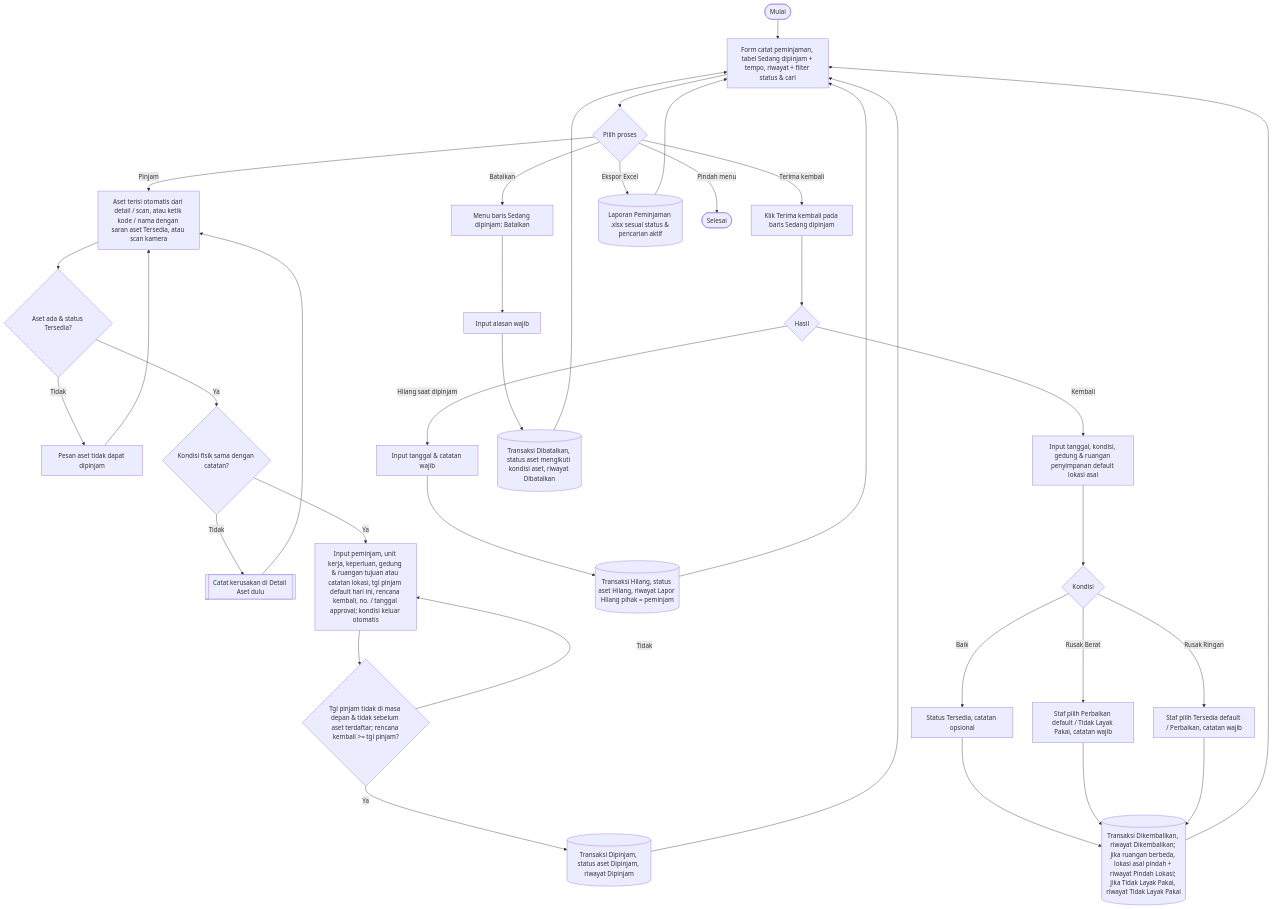
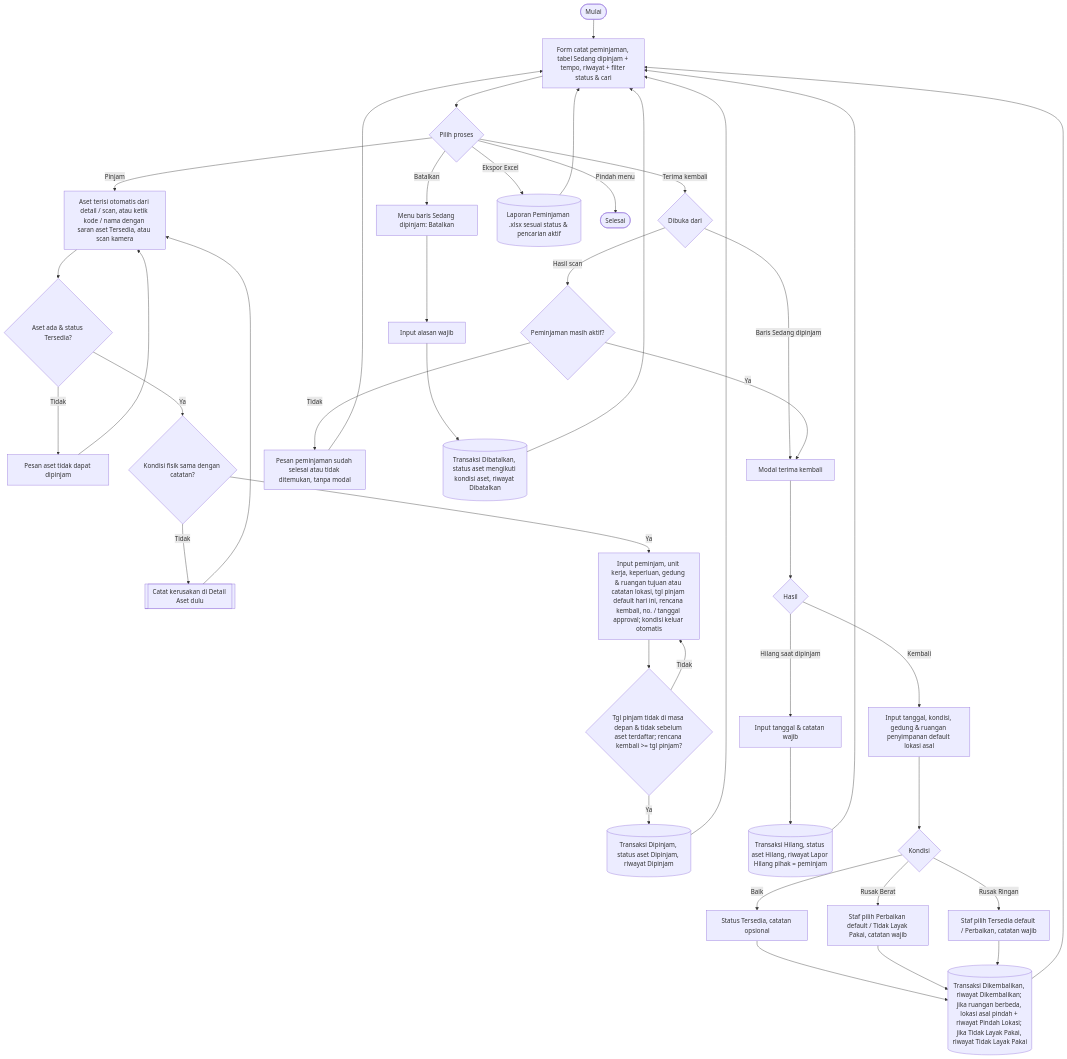
The fifth of 9 diagrams in docs/flowchart.md (mrizqihidayat/system-tracking-asset), drawn with Mermaid before and after one commit. The commit also changed other lines of this file and 13 other files, not shown here.

First line of the commit message:
T26n: alur scan Pinjam & Terima kembali, laporan audit keamanan, daftar endpoint

````diff
--- a/docs/flowchart.md
+++ b/docs/flowchart.md
@@ -181,30 +183,34 @@
 ```mermaid
 flowchart TD
     A([Mulai]) --> B[Form catat peminjaman, tabel Sedang dipinjam + tempo, riwayat + filter status & cari]
     B --> C{Pilih proses}
 
     C -- Pinjam --> P1[Aset terisi otomatis dari detail / scan, atau ketik kode / nama dengan saran aset Tersedia, atau scan kamera]
     P1 --> P2{Aset ada & status Tersedia?}
     P2 -- Tidak --> P3[Pesan aset tidak dapat dipinjam] --> P1
     P2 -- Ya --> P3a{Kondisi fisik sama dengan catatan?}
     P3a -- Tidak --> P3b[[Catat kerusakan di Detail Aset dulu]] --> P1
     P3a -- Ya --> P4[Input peminjam, unit kerja, keperluan, gedung & ruangan tujuan atau catatan lokasi, tgl pinjam default hari ini, rencana kembali, no. / tanggal approval; kondisi keluar otomatis]
     P4 --> P5{Tgl pinjam tidak di masa depan & tidak sebelum aset terdaftar; rencana kembali >= tgl pinjam?}
     P5 -- Tidak --> P4
     P5 -- Ya --> P6[(Transaksi Dipinjam, status aset Dipinjam, riwayat Dipinjam)] --> B
 
-    C -- Terima kembali --> R1[Klik Terima kembali pada baris Sedang dipinjam]
+    C -- Terima kembali --> R0{Dibuka dari}
+    R0 -- Baris Sedang dipinjam --> R1[Modal terima kembali]
+    R0 -- Hasil scan --> R0a{Peminjaman masih aktif?}
+    R0a -- Tidak --> R0b[Pesan peminjaman sudah selesai atau tidak ditemukan, tanpa modal] --> B
+    R0a -- Ya --> R1
     R1 --> R1a{Hasil}
     R1a -- Hilang saat dipinjam --> H1[Input tanggal & catatan wajib] --> H2[(Transaksi Hilang, status aset Hilang, riwayat Lapor Hilang pihak = peminjam)] --> B
     R1a -- Kembali --> R2[Input tanggal, kondisi, gedung & ruangan penyimpanan default lokasi asal]
     R2 --> R3{Kondisi}
     R3 -- Baik --> R4[Status Tersedia, catatan opsional]
     R3 -- Rusak Ringan --> R6[Staf pilih Tersedia default / Perbaikan, catatan wajib]
     R3 -- Rusak Berat --> R5[Staf pilih Perbaikan default / Tidak Layak Pakai, catatan wajib]
     R4 & R5 & R6 --> R10[(Transaksi Dikembalikan, riwayat Dikembalikan; jika ruangan berbeda, lokasi asal pindah + riwayat Pindah Lokasi; jika Tidak Layak Pakai, riwayat Tidak Layak Pakai)] --> B
 
     C -- Batalkan --> X1[Menu baris Sedang dipinjam: Batalkan] --> X2[Input alasan wajib] --> X3[(Transaksi Dibatalkan, status aset mengikuti kondisi aset, riwayat Dibatalkan)] --> B
 
     C -- Ekspor Excel --> E1[(Laporan Peminjaman .xlsx sesuai status & pencarian aktif)] --> B
     C -- Pindah menu --> Z([Selesai])
 ```
````
